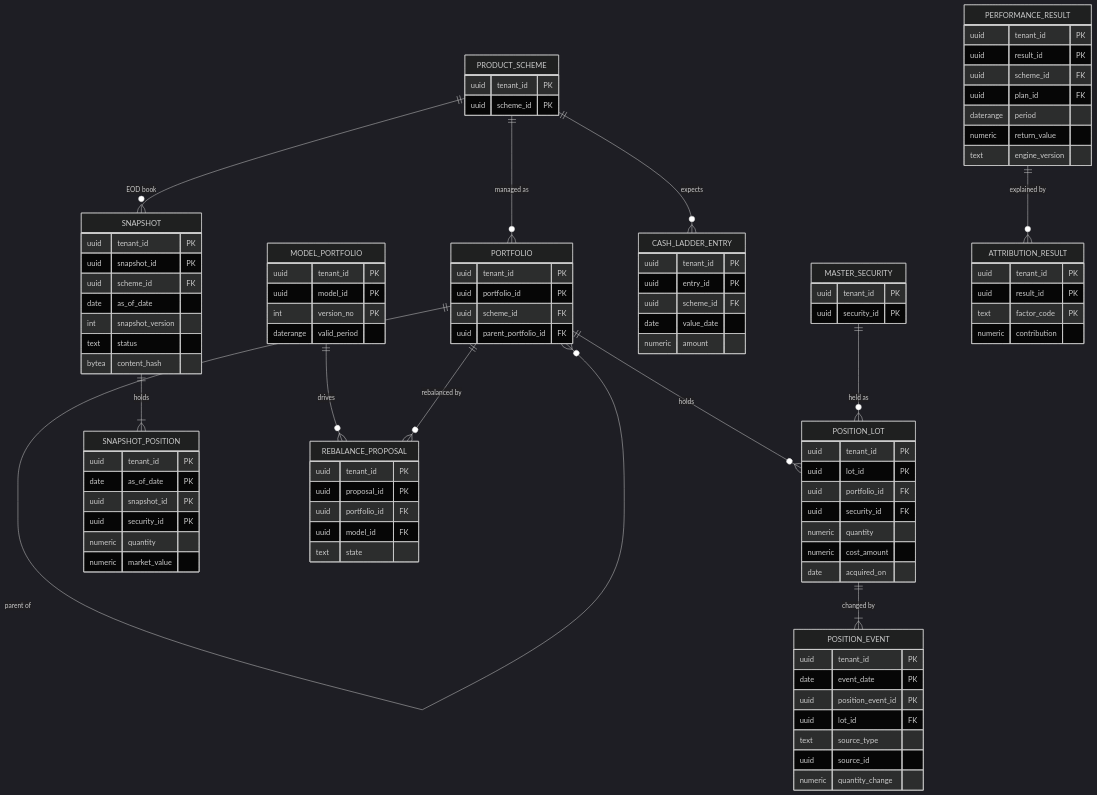
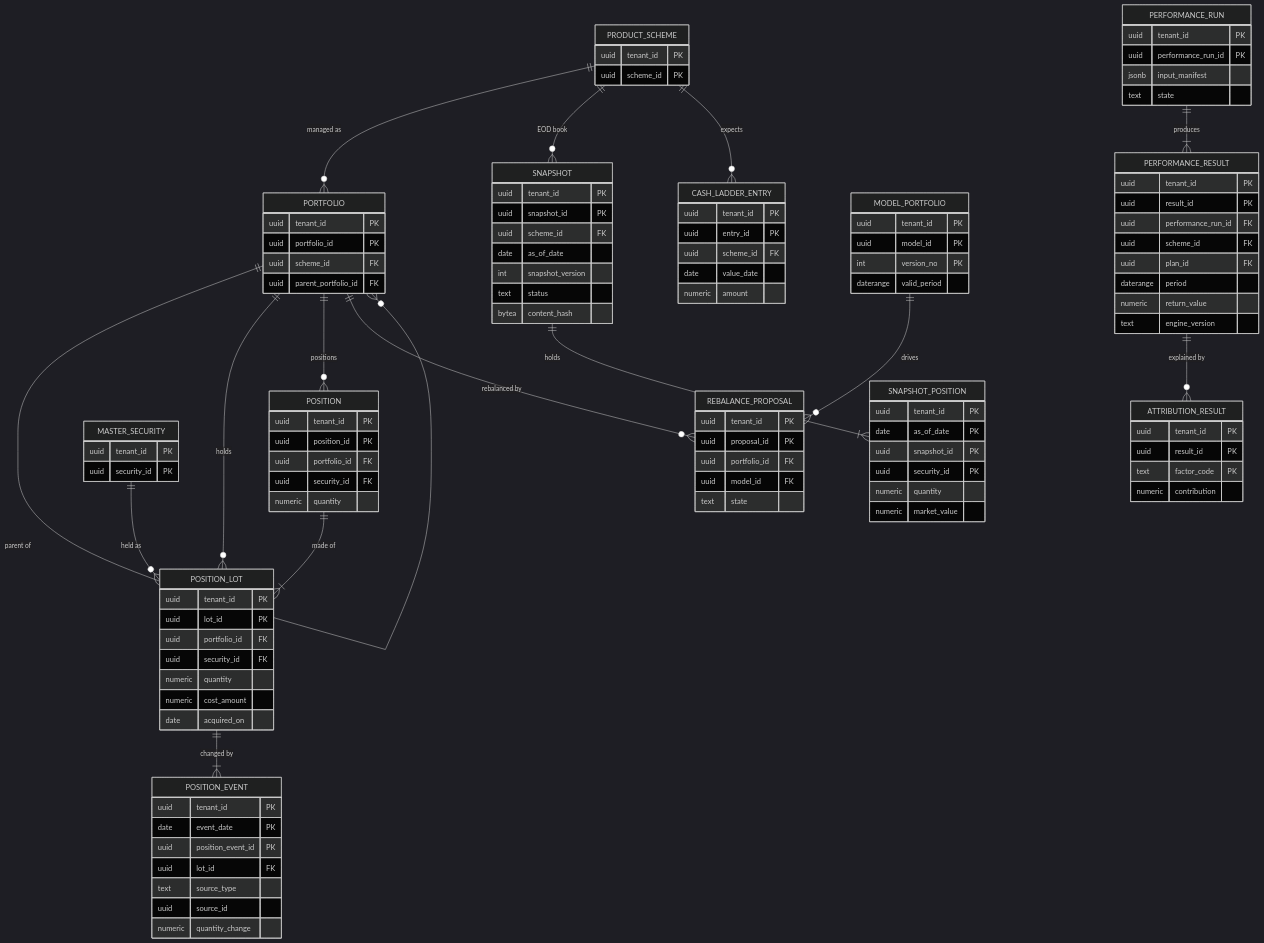
One commit to suchitdubey7/AMC-OS changed the diagram in architecture/erds/D04_portfolio.md. Above: the diagram before and after it, drawn with Mermaid (dark theme). The commit also changed other lines of this file and 19 other files, not shown here.

```diff
--- a/architecture/erds/D04_portfolio.md
+++ b/architecture/erds/D04_portfolio.md
@@ -11,6 +11,8 @@
   PRODUCT_SCHEME ||--o{ PORTFOLIO : "managed as"
   PORTFOLIO ||--o{ PORTFOLIO : "parent of"
   PORTFOLIO ||--o{ POSITION_LOT : "holds"
+  PORTFOLIO ||--o{ POSITION : "positions"
+  POSITION ||--|{ POSITION_LOT : "made of"
   MASTER_SECURITY ||--o{ POSITION_LOT : "held as"
   POSITION_LOT ||--|{ POSITION_EVENT : "changed by"
   PRODUCT_SCHEME ||--o{ SNAPSHOT : "EOD book"
@@ -18,6 +20,7 @@
   PRODUCT_SCHEME ||--o{ CASH_LADDER_ENTRY : "expects"
   MODEL_PORTFOLIO ||--o{ REBALANCE_PROPOSAL : "drives"
   PORTFOLIO ||--o{ REBALANCE_PROPOSAL : "rebalanced by"
+  PERFORMANCE_RUN ||--|{ PERFORMANCE_RESULT : "produces"
   PERFORMANCE_RESULT ||--o{ ATTRIBUTION_RESULT : "explained by"
   PORTFOLIO {
     uuid tenant_id PK
@@ -33,6 +36,13 @@
     numeric quantity
     numeric cost_amount
     date acquired_on
+  }
+  POSITION {
+    uuid tenant_id PK
+    uuid position_id PK
+    uuid portfolio_id FK
+    uuid security_id FK
+    numeric quantity
   }
   POSITION_EVENT {
     uuid tenant_id PK
@@ -80,9 +90,16 @@
     uuid model_id FK
     text state
   }
+  PERFORMANCE_RUN {
+    uuid tenant_id PK
+    uuid performance_run_id PK
+    jsonb input_manifest
+    text state
+  }
   PERFORMANCE_RESULT {
     uuid tenant_id PK
     uuid result_id PK
+    uuid performance_run_id FK
     uuid scheme_id FK
     uuid plan_id FK
     daterange period
```
